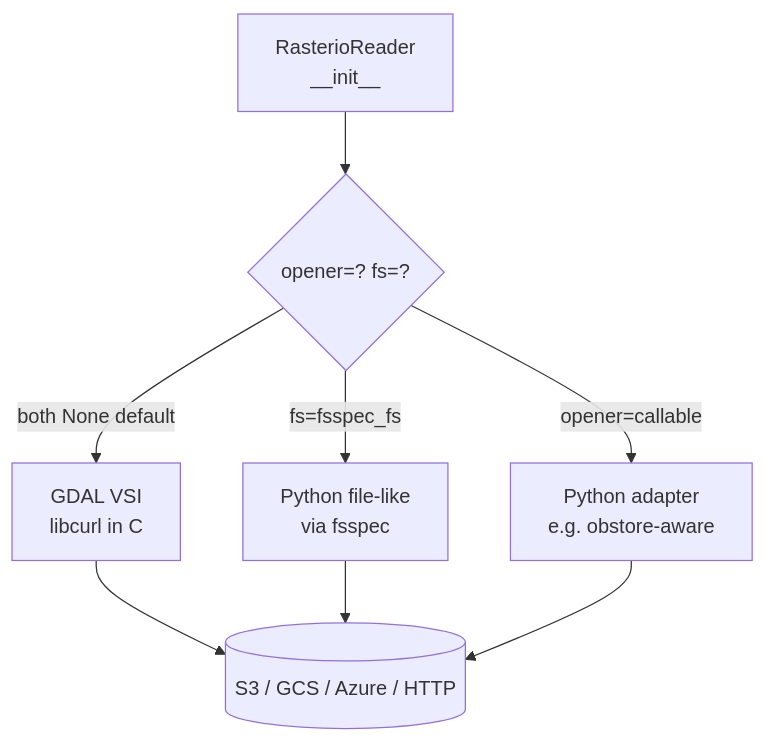
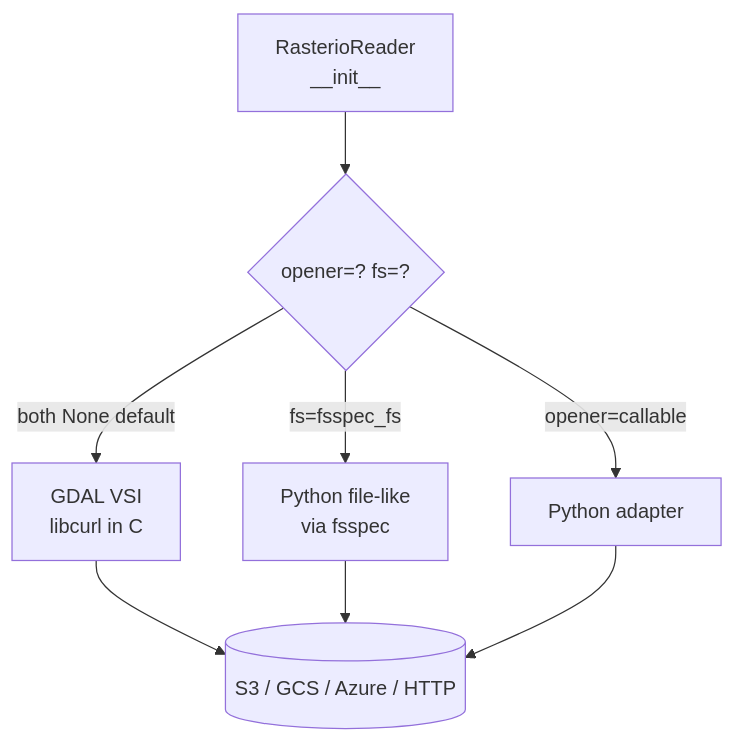
The second of 2 diagrams in projects/geotoolz/plans/georeader/reader_protocol.md (jejjohnson/research_notebook), drawn with Mermaid before and after one commit. The commit also changed other lines of this file and 18 other files, not shown here.

````diff
--- a/projects/geotoolz/plans/georeader/reader_protocol.md
+++ b/projects/geotoolz/plans/georeader/reader_protocol.md
@@ -98,11 +122,11 @@
 ```{mermaid}
 flowchart TD
     Start[RasterioReader<br/>__init__]
     Start --> Q{opener=? fs=?}
     Q -->|both None default| GDAL[GDAL VSI<br/>libcurl in C]
     Q -->|fs=fsspec_fs| Fsspec[Python file-like<br/>via fsspec]
-    Q -->|opener=callable| Custom[Python adapter<br/>e.g. obstore-aware]
+    Q -->|opener=callable| Custom[Python adapter]
     GDAL --> Cloud[(S3 / GCS / Azure / HTTP)]
     Fsspec --> Cloud
     Custom --> Cloud
 ```
````
